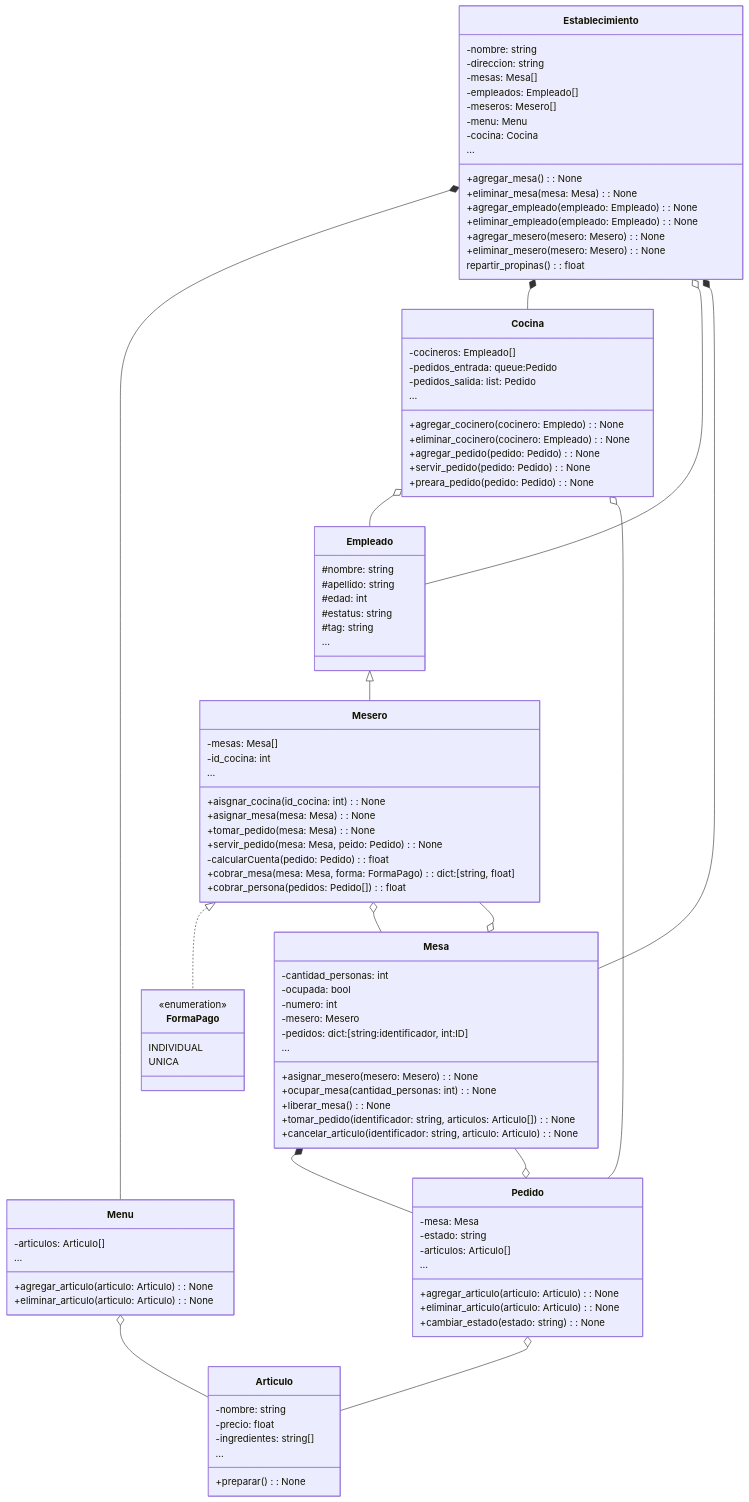
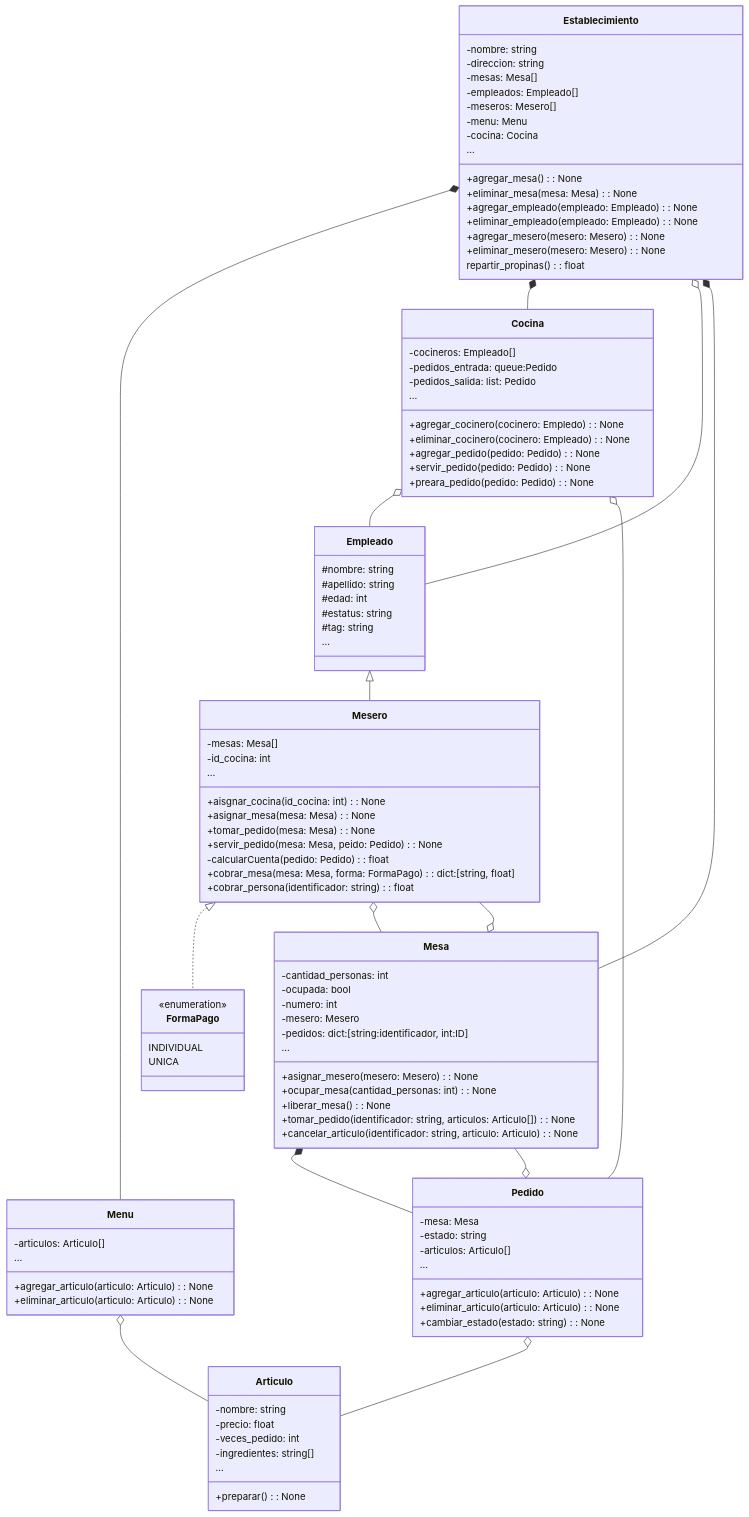
Before and after one commit to joseAcevesG/SOFT_RESTAURANT: the diagram in UML.md, drawn with Mermaid.

Commit message:
UML 1.14

```diff
--- a/UML.md
+++ b/UML.md
@@ -52,7 +52,7 @@
         +servir_pedido(mesa: Mesa, peido: Pedido): None
         -calcularCuenta(pedido: Pedido): float
         +cobrar_mesa(mesa: Mesa, forma: FormaPago): dict:[string, float]
-        +cobrar_persona(pedidos: Pedido[]): float
+        +cobrar_persona(identificador: string): float
         ...
     }
 
@@ -96,6 +96,7 @@
     class Articulo{
         -nombre: string
         -precio: float
+        -veces_pedido: int
         -ingredientes: string[]
         +preparar(): None
         ...
```
